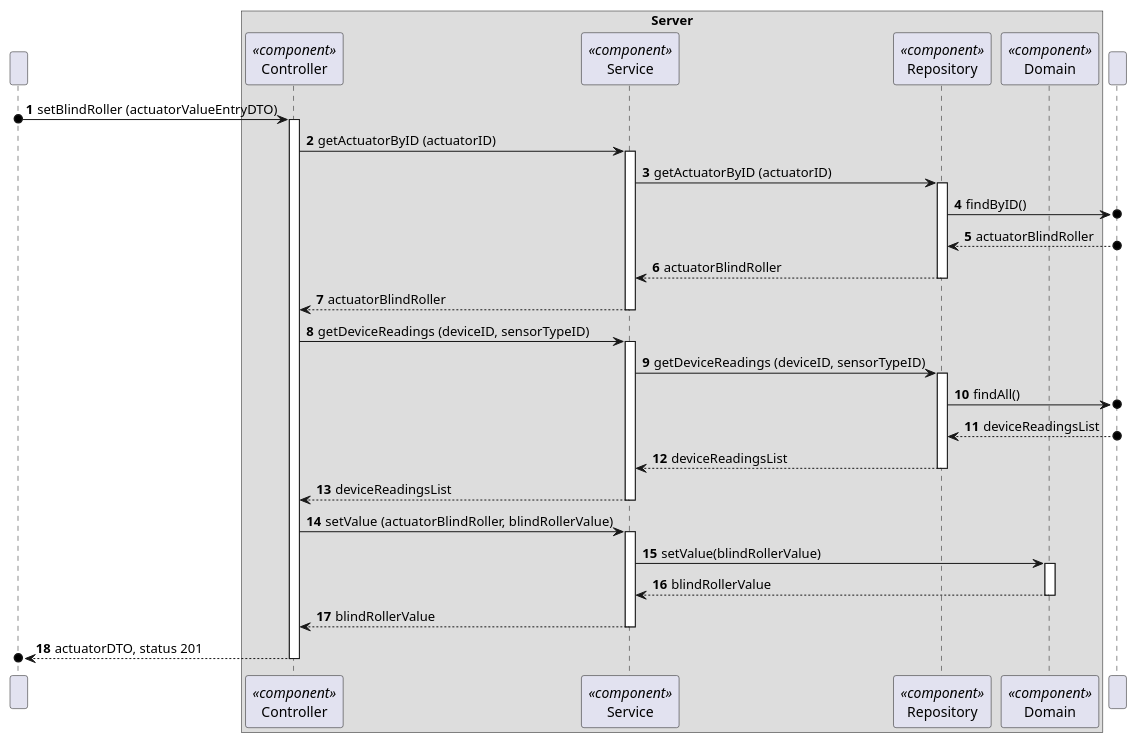
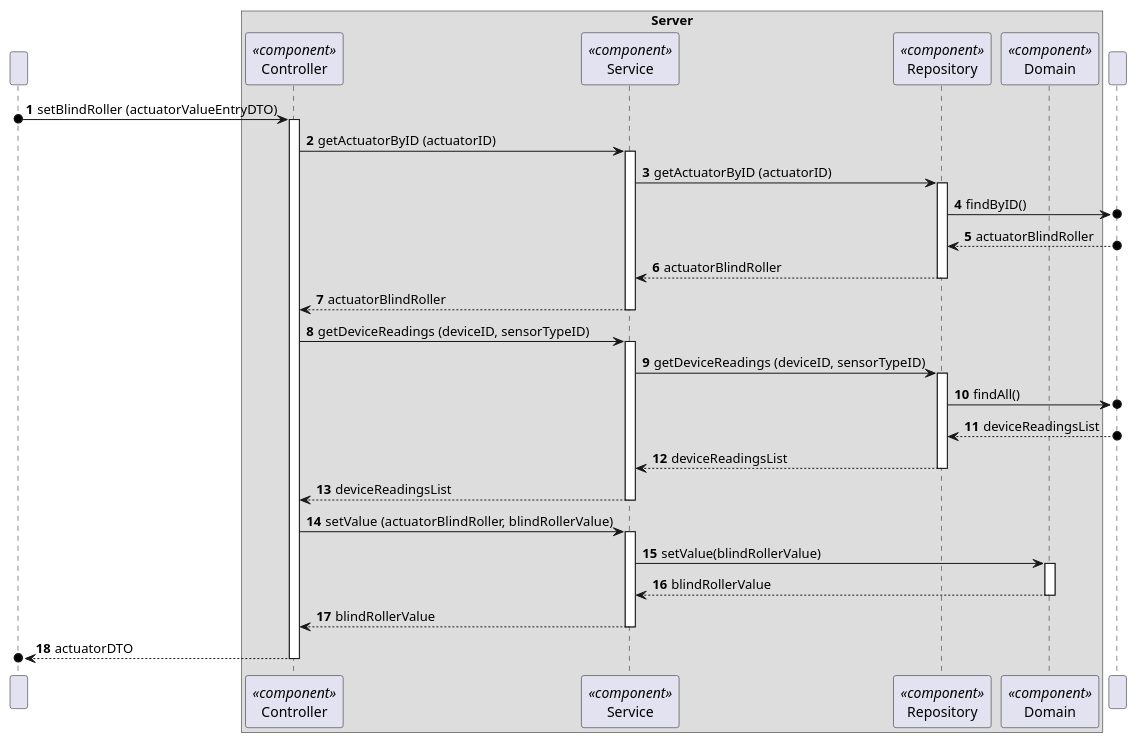
One commit to moutajDev/smarthome changed the diagram in docs/C4_4plus1_models/Level4/ProcessView/ProcessViewLevel4_UC16.puml. Above: the diagram before and after it, drawn with PlantUML. The commit also changed 23 other files, not shown here.

Commit message:
docs: update to c4 model process view level 4 - Controller returns DTO not JSON

```diff
--- a/docs/C4_4plus1_models/Level4/ProcessView/ProcessViewLevel4_UC16.puml
+++ b/docs/C4_4plus1_models/Level4/ProcessView/ProcessViewLevel4_UC16.puml
@@ -1,71 +1,71 @@
 @startuml
 'https://plantuml.com/sequence-diagram
 !pragma layout smetana
 autonumber
 
 participant " " as HTTP
 
 box "Server"
     participant "Controller" as Controller<<component>>
     participant Service as "Service"<<component>>
     participant Repository as "Repository"<<component>>
     participant Domain as "Domain"<<component>>
 
     end box
 
     participant DataBase as " "
 
 
 HTTP o-> Controller: setBlindRoller (actuatorValueEntryDTO)
 activate Controller
 
 Controller -> Service: getActuatorByID (actuatorID)
 activate Service
 
 Service -> Repository: getActuatorByID (actuatorID)
 activate Repository
 
 Repository ->o DataBase: findByID()
 
 DataBase o--> Repository: actuatorBlindRoller
 
 Repository --> Service: actuatorBlindRoller
 deactivate Repository
 
 Service --> Controller: actuatorBlindRoller
 deactivate Service
 
 Controller -> Service: getDeviceReadings (deviceID, sensorTypeID)
 activate Service
 
 Service -> Repository: getDeviceReadings (deviceID, sensorTypeID)
 activate Repository
 
 Repository ->o DataBase: findAll()
 
 DataBase o--> Repository: deviceReadingsList
 
 Repository --> Service: deviceReadingsList
 deactivate Repository
 
 Service --> Controller: deviceReadingsList
 deactivate Service
 
 Controller -> Service: setValue (actuatorBlindRoller, blindRollerValue)
 activate Service
 
 Service -> Domain: setValue(blindRollerValue)
 activate Domain
 
 Domain --> Service: blindRollerValue
 deactivate Domain
 
 Service --> Controller: blindRollerValue
 deactivate Service
 
 
-Controller -->o HTTP: actuatorDTO, status 201
+Controller -->o HTTP: actuatorDTO
 deactivate Controller
 
 
 @enduml
```
